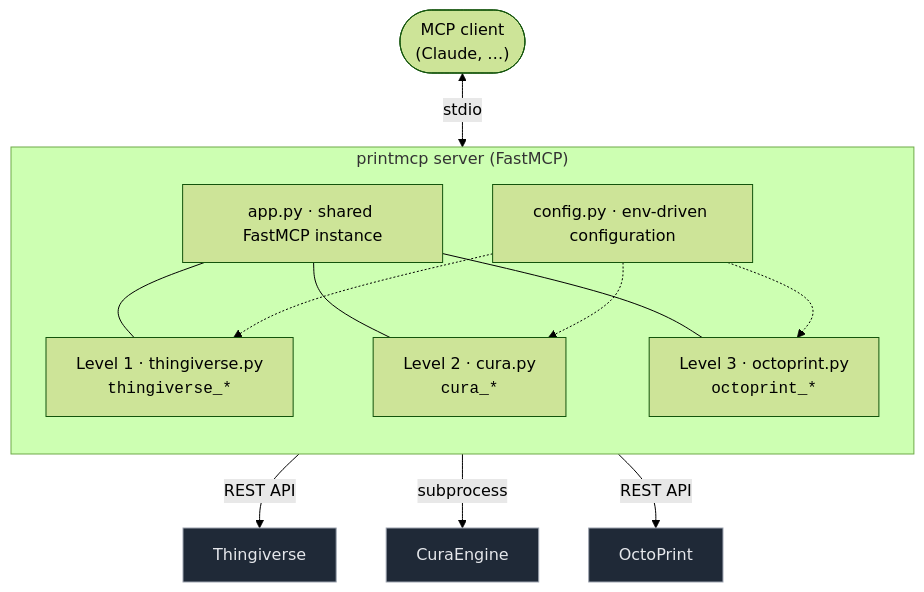
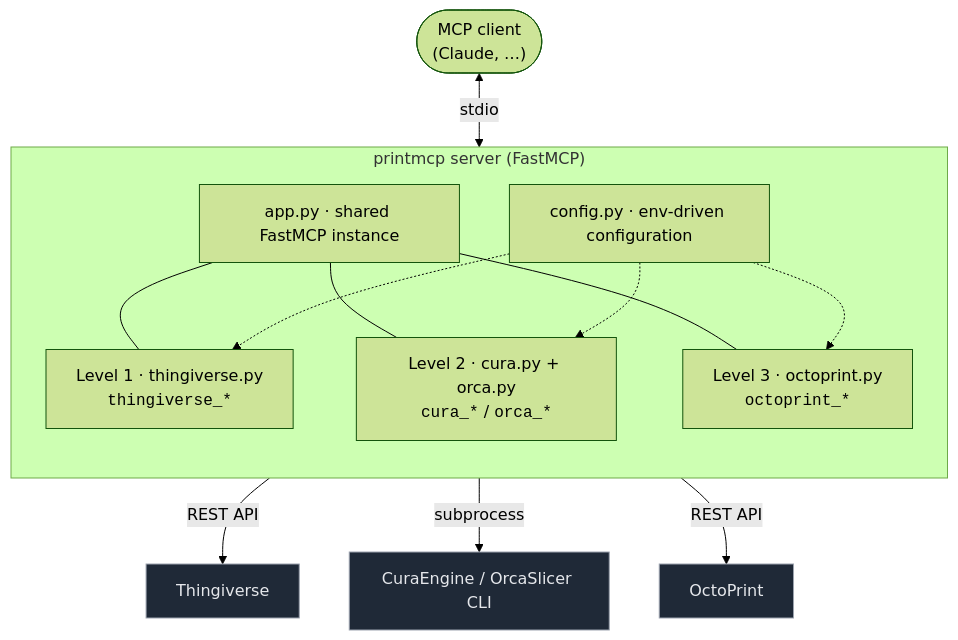
One commit to SourceBox-LLC/PrintMCP changed the diagram in docs/documentation/architecture.md. Above: the diagram before and after it, drawn with Mermaid (forest theme). The commit also changed other lines of this file and 31 other files, not shown here.

First line of the commit message:
feat: OrcaSlicer backend (v0.3.0) + standalone-client setup (#23)

````diff
--- a/docs/documentation/architecture.md
+++ b/docs/documentation/architecture.md
@@ -13,22 +13,22 @@
 ```mermaid
 flowchart TB
     Client(["MCP client<br/>(Claude, …)"]) <-->|stdio| Server
 
     subgraph Server["printmcp server (FastMCP)"]
         direction TB
         App["app.py · shared FastMCP instance"]
         L1["Level 1 · thingiverse.py<br/><code>thingiverse_*</code>"]
-        L2["Level 2 · cura.py<br/><code>cura_*</code>"]
+        L2["Level 2 · cura.py + orca.py<br/><code>cura_*</code> / <code>orca_*</code>"]
         L3["Level 3 · octoprint.py<br/><code>octoprint_*</code>"]
         Config["config.py · env-driven configuration"]
         App --- L1 & L2 & L3
         Config -.-> L1 & L2 & L3
     end
 
     L1 -->|REST API| TV["Thingiverse"]
-    L2 -->|subprocess| CE["CuraEngine"]
+    L2 -->|subprocess| CE["CuraEngine / OrcaSlicer CLI"]
     L3 -->|REST API| OP["OctoPrint"]
 
     classDef ext fill:#1f2937,stroke:#9ca3af,color:#e5e7eb;
     class TV,CE,OP ext;
 ```
````
